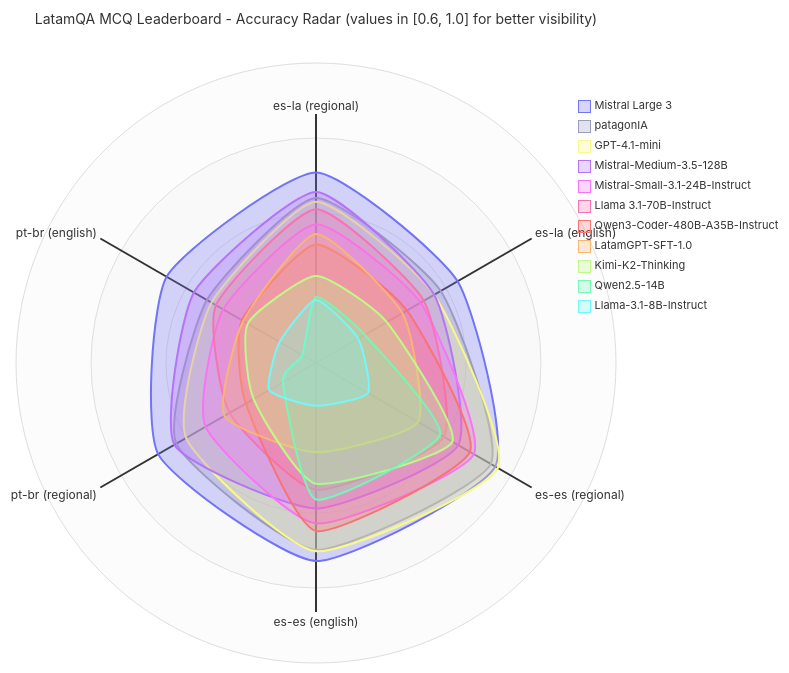
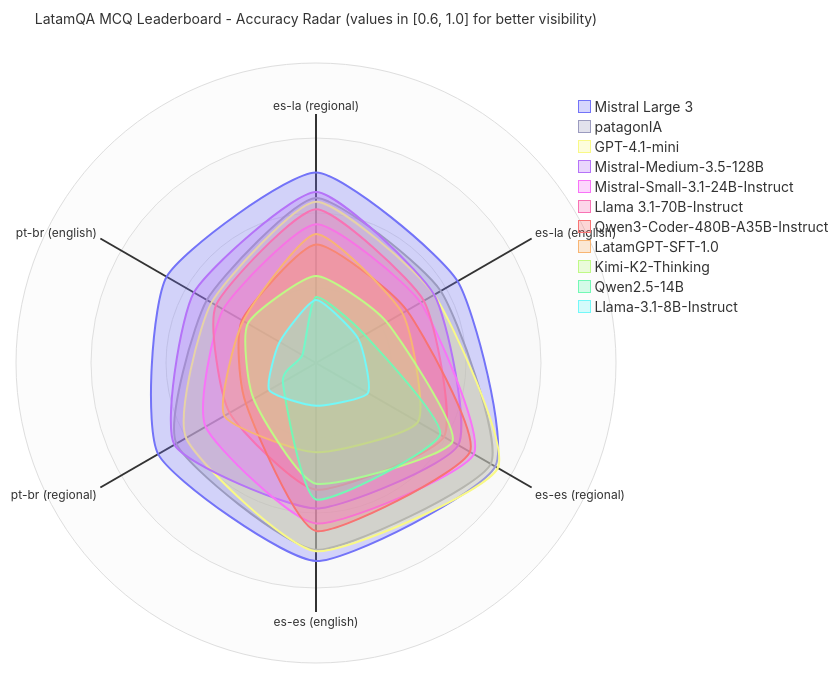
One commit to Inria-Chile/LatamQA changed the diagram in README.md. Above: the diagram before and after it, drawn with Mermaid. The commit also changed 1 other file, not shown here.

Commit message:
mermaid typo

````diff
--- a/README.md
+++ b/README.md
@@ -42,38 +42,38 @@
 ```mermaid
 ---
 title: LatamQA MCQ Leaderboard - Accuracy Radar (values in [0.6, 1.0] for better visibility)
 config:
-  width: 600
-  height: 600
+  width: 740
+  height: 740
   theme: neo
   themeVariables:
     radar:
       curveOpacity: 0.29
       graticuleOpacity: 0.11
       legendBoxSize: 150
-      legendFontSize: 11
+      legendFontSize: 11pt
   radar:
       axisScaleFactor: 0.83
       axisLabelFactor: 0.83
       axisLabelFontSize: 11pt
       curveTension: 0.092
 ---
 radar-beta
   axis a0["es-la (regional)"], a1["es-la (english)"], a2["es-es (regional)"], a3["es-es (english)"], a4["pt-br (regional)"], a5["pt-br (english)"]
   curve c0["Mistral Large 3"]{0.854, 0.818, 0.876, 0.864, 0.843, 0.830}
   curve c1["patagonIA"]{0.820, 0.792, 0.869, 0.849, 0.815, 0.768}
   curve c2["GPT-4.1-mini"]{0.815, 0.782, 0.880, 0.851, 0.800, 0.761}
   curve c3["Mistral-Medium-3.5-128B"]{0.828, 0.782, 0.819, 0.794, 0.818, 0.788}
   curve c4["Mistral-Small-3.1-24B-Instruct"]{0.785, 0.761, 0.843, 0.814, 0.770, 0.743}
   curve c5["Llama 3.1-70B-Instruct"]{0.805, 0.766, 0.797, 0.769, 0.733, 0.754}
   curve c6["Qwen3-Coder-480B-A35B-Instruct"]{0.758, 0.740, 0.837, 0.824, 0.708, 0.714}
   curve c7["LatamGPT-SFT-1.0"]{0.772, 0.733, 0.757, 0.719, 0.741, 0.712}
   curve c8["Kimi-K2-Thinking"]{0.716, 0.709, 0.810, 0.761, 0.696, 0.705}
   curve c9["Qwen2.5-14B"]{0.688, 0.675, 0.791, 0.782, 0.651, 0.621}
   curve c10["Llama-3.1-8B-Instruct"]{0.684, 0.665, 0.680, 0.657, 0.672, 0.656}
 
   max 1.0
   min 0.6
   ticks 4
   showLegend true
 ```
````
